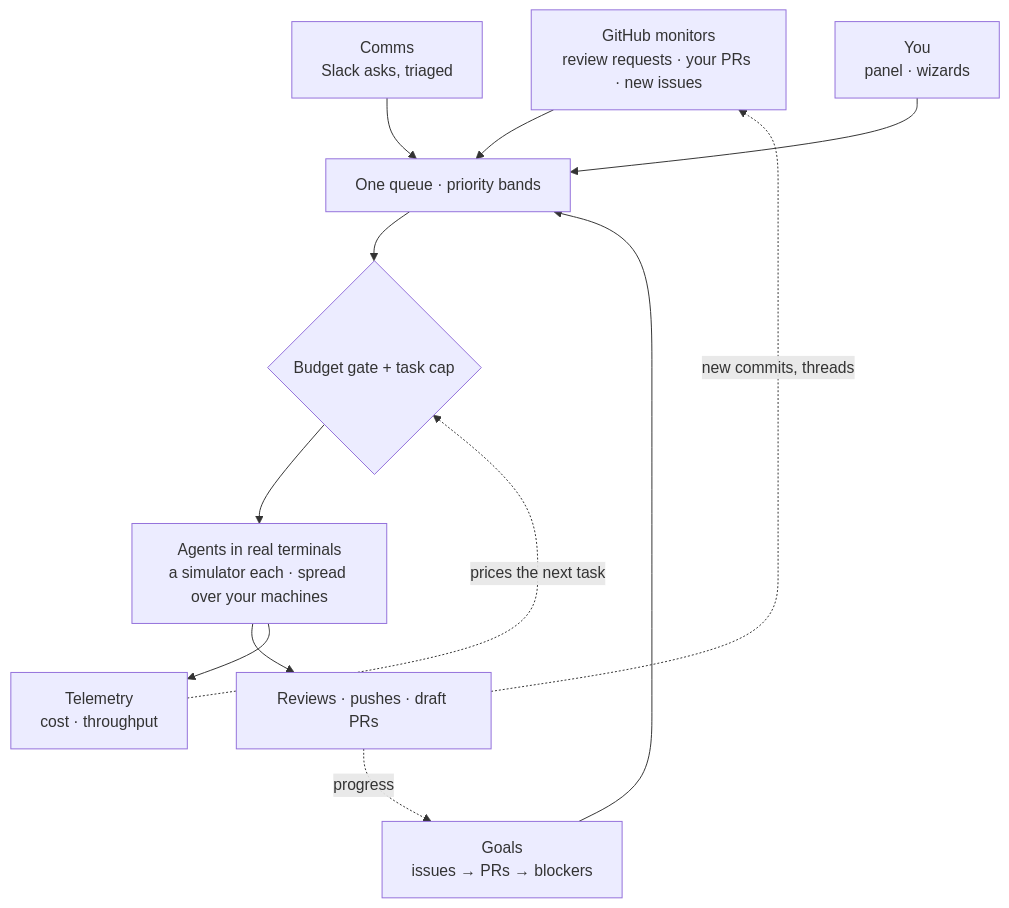
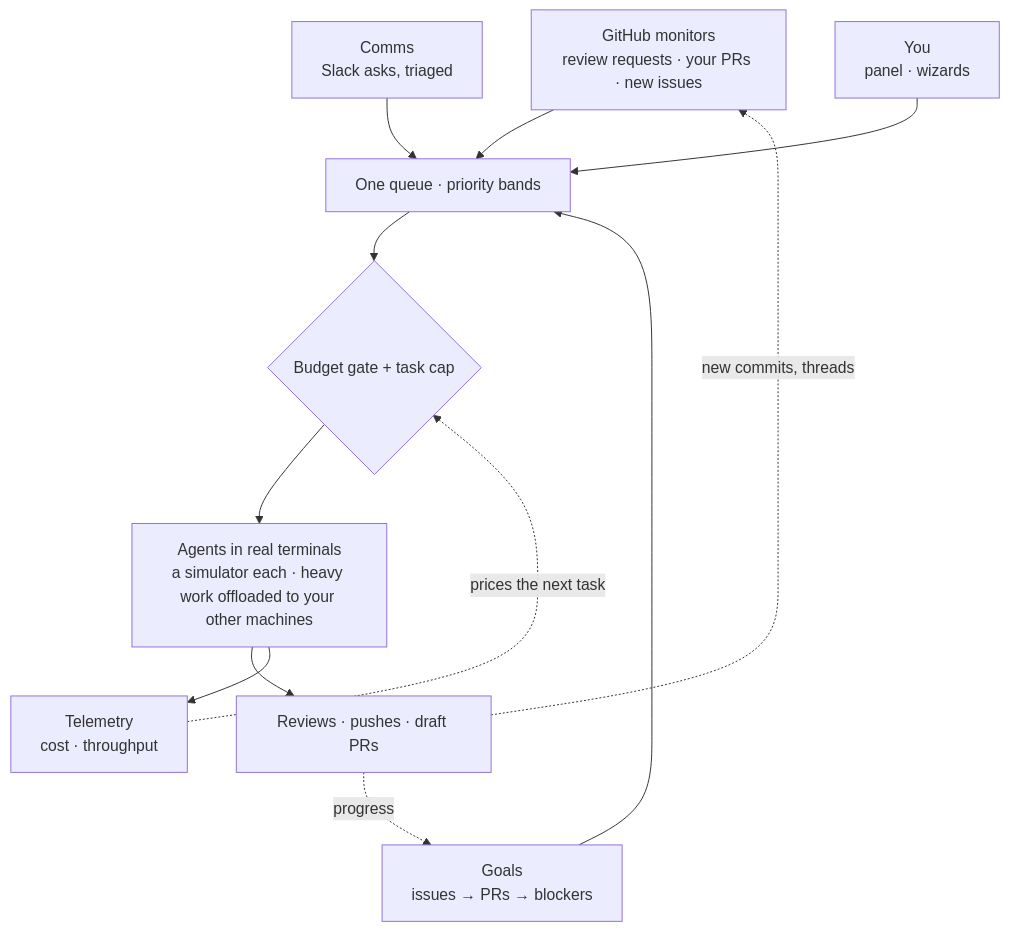
One commit to latekvo/Diplomat changed the diagram in README.md. Above: the diagram before and after it, drawn with Mermaid. The commit also changed other lines of this file and 7 other files, not shown here.

````diff
--- a/README.md
+++ b/README.md
@@ -22,14 +22,14 @@
 ```mermaid
 flowchart TB
   GH["GitHub monitors<br/>review requests · your PRs · new issues"] --> Q
   SL["Comms<br/>Slack asks, triaged"] --> Q
   TK["Goals<br/>issues → PRs → blockers"] --> Q
   YOU["You<br/>panel · wizards"] --> Q
   Q["One queue · priority bands"] --> GATE{"Budget gate + task cap"}
-  GATE --> AG["Agents in real terminals<br/>a simulator each · spread over your machines"]
+  GATE --> AG["Agents in real terminals<br/>a simulator each · heavy work offloaded to your other machines"]
   AG --> OUT["Reviews · pushes · draft PRs"]
   AG --> TEL["Telemetry<br/>cost · throughput"]
   OUT -. "new commits, threads" .-> GH
   OUT -. "progress" .-> TK
   TEL -. "prices the next task" .-> GATE
 ```
````
